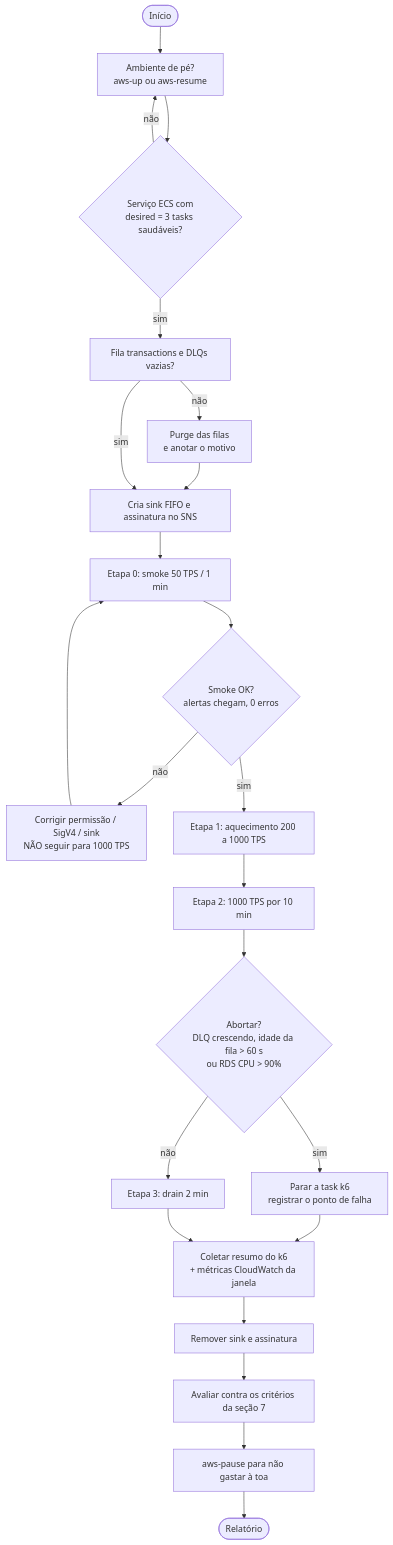
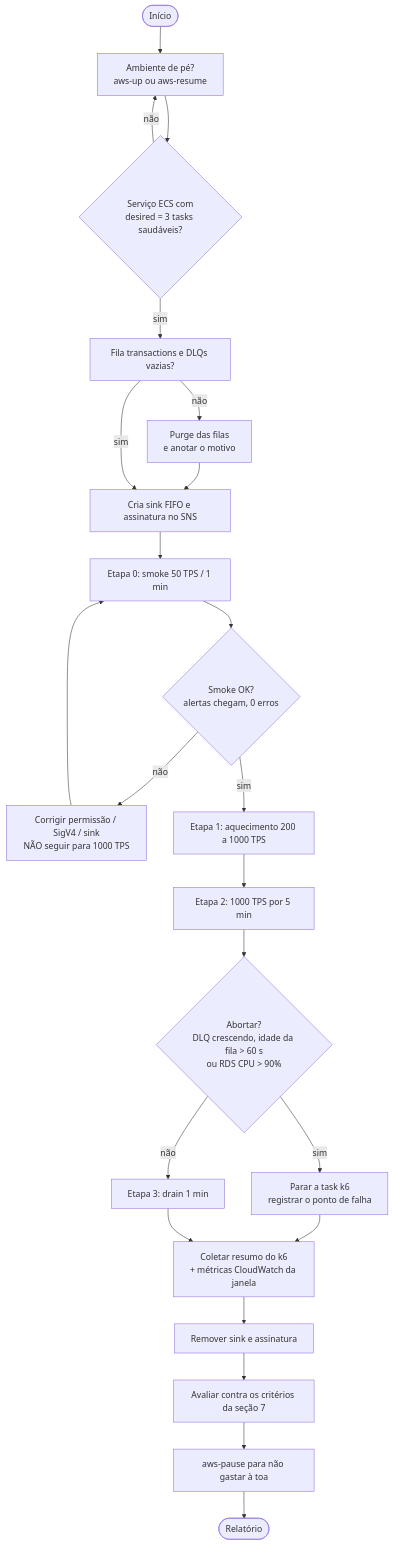
One commit to walissonsilva/real-time-fraud-detector changed the fifth of 8 diagrams in docs/teste-de-carga-aws-1000tps.md. Above: the diagram before and after it, drawn with Mermaid. The commit also changed other lines of this file and 3 other files, not shown here.

````diff
--- a/docs/teste-de-carga-aws-1000tps.md
+++ b/docs/teste-de-carga-aws-1000tps.md
@@ -200,25 +200,25 @@
 ```mermaid
 flowchart TD
     S([Início]) --> P1[Ambiente de pé?<br/>aws-up ou aws-resume]
     P1 --> P2{Serviço ECS com<br/>desired = 3 tasks saudáveis?}
     P2 -- não --> P1
     P2 -- sim --> P3[Fila transactions e DLQs vazias?]
     P3 -- não --> P3b[Purge das filas<br/>e anotar o motivo]
     P3b --> P4
     P3 -- sim --> P4[Cria sink FIFO e assinatura no SNS]
     P4 --> E0[Etapa 0: smoke 50 TPS / 1 min]
     E0 --> G0{Smoke OK?<br/>alertas chegam, 0 erros}
     G0 -- não --> FIX[Corrigir permissão / SigV4 / sink<br/>NÃO seguir para 1000 TPS]
     FIX --> E0
     G0 -- sim --> E1[Etapa 1: aquecimento 200 a 1000 TPS]
-    E1 --> E2[Etapa 2: 1000 TPS por 10 min]
+    E1 --> E2[Etapa 2: 1000 TPS por 5 min]
     E2 --> AB{Abortar?<br/>DLQ crescendo, idade da fila > 60 s<br/>ou RDS CPU > 90%}
     AB -- sim --> STOP[Parar a task k6<br/>registrar o ponto de falha]
-    AB -- não --> E3[Etapa 3: drain 2 min]
+    AB -- não --> E3[Etapa 3: drain 1 min]
     STOP --> C
     E3 --> C[Coletar resumo do k6<br/>+ métricas CloudWatch da janela]
     C --> CL[Remover sink e assinatura]
     CL --> EV[Avaliar contra os critérios da seção 7]
     EV --> PA[aws-pause para não gastar à toa]
     PA --> F([Relatório])
 ```
````
